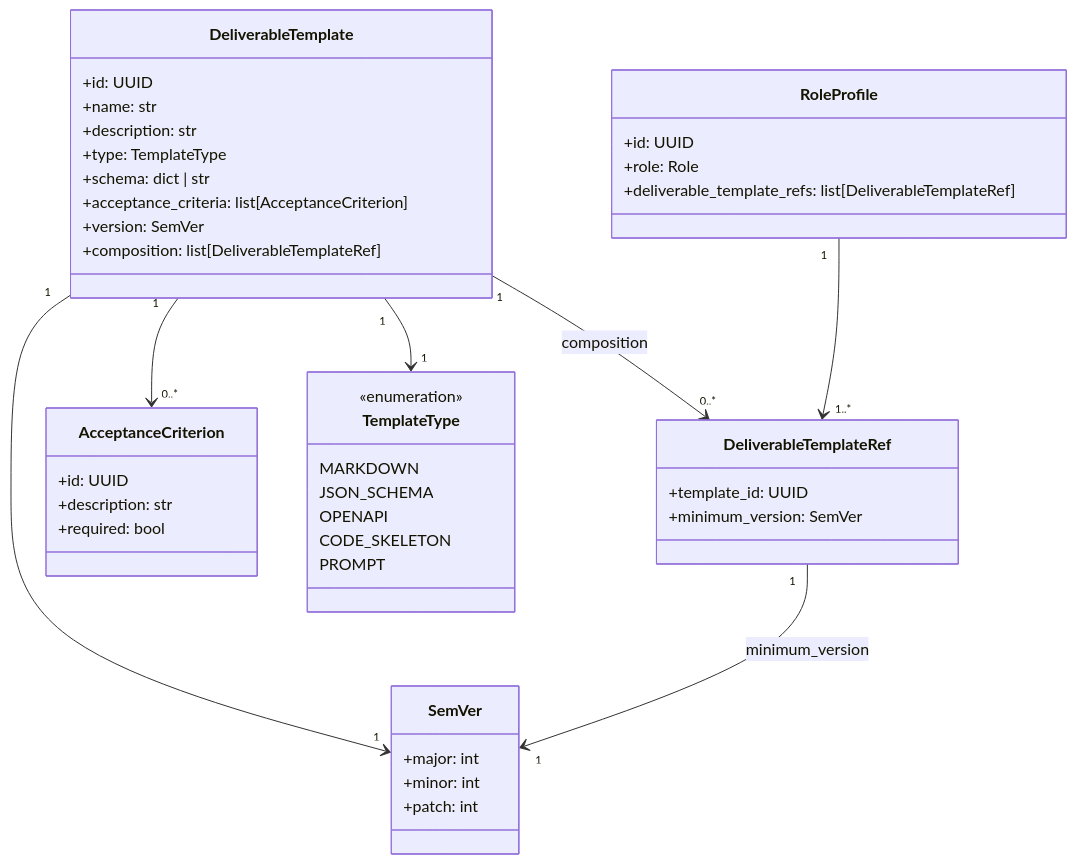
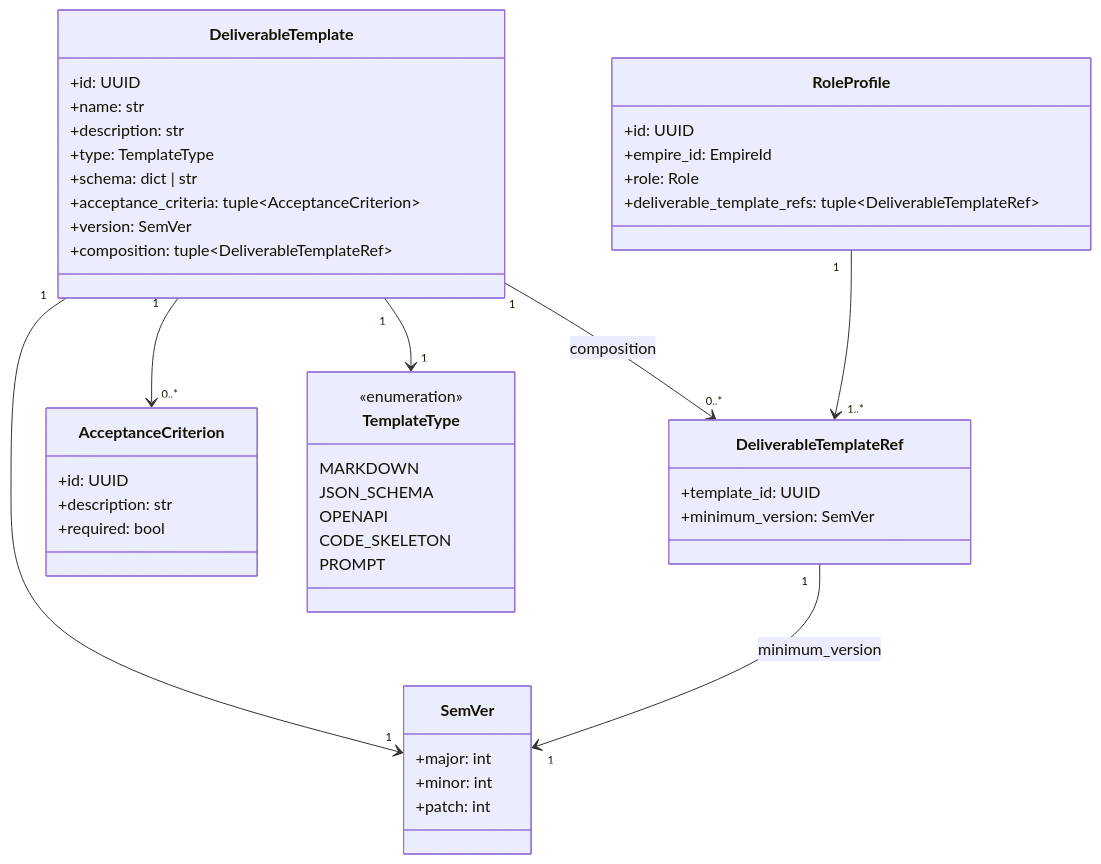
The diagram in docs/features/deliverable-template/feature-spec.md (bakufu-dev/bakufu), drawn with Mermaid before and after one commit. The commit also changed other lines of this file and 3 other files, not shown here.

````diff
--- a/docs/features/deliverable-template/feature-spec.md
+++ b/docs/features/deliverable-template/feature-spec.md
@@ -50,52 +50,53 @@
 ```mermaid
 classDiagram
     class DeliverableTemplate {
         +id: UUID
         +name: str
         +description: str
         +type: TemplateType
         +schema: dict | str
-        +acceptance_criteria: list[AcceptanceCriterion]
+        +acceptance_criteria: tuple~AcceptanceCriterion~
         +version: SemVer
-        +composition: list[DeliverableTemplateRef]
+        +composition: tuple~DeliverableTemplateRef~
     }
 
     class RoleProfile {
         +id: UUID
+        +empire_id: EmpireId
         +role: Role
-        +deliverable_template_refs: list[DeliverableTemplateRef]
+        +deliverable_template_refs: tuple~DeliverableTemplateRef~
     }
 
     class SemVer {
         +major: int
         +minor: int
         +patch: int
     }
 
     class DeliverableTemplateRef {
         +template_id: UUID
         +minimum_version: SemVer
     }
 
     class AcceptanceCriterion {
         +id: UUID
         +description: str
         +required: bool
     }
 
     class TemplateType {
         <<enumeration>>
         MARKDOWN
         JSON_SCHEMA
         OPENAPI
         CODE_SKELETON
         PROMPT
     }
 
     DeliverableTemplate "1" --> "1" TemplateType
     DeliverableTemplate "1" --> "1" SemVer
     DeliverableTemplate "1" --> "0..*" AcceptanceCriterion
     DeliverableTemplate "1" --> "0..*" DeliverableTemplateRef : composition
     DeliverableTemplateRef "1" --> "1" SemVer : minimum_version
     RoleProfile "1" --> "1..*" DeliverableTemplateRef
 ```
````
